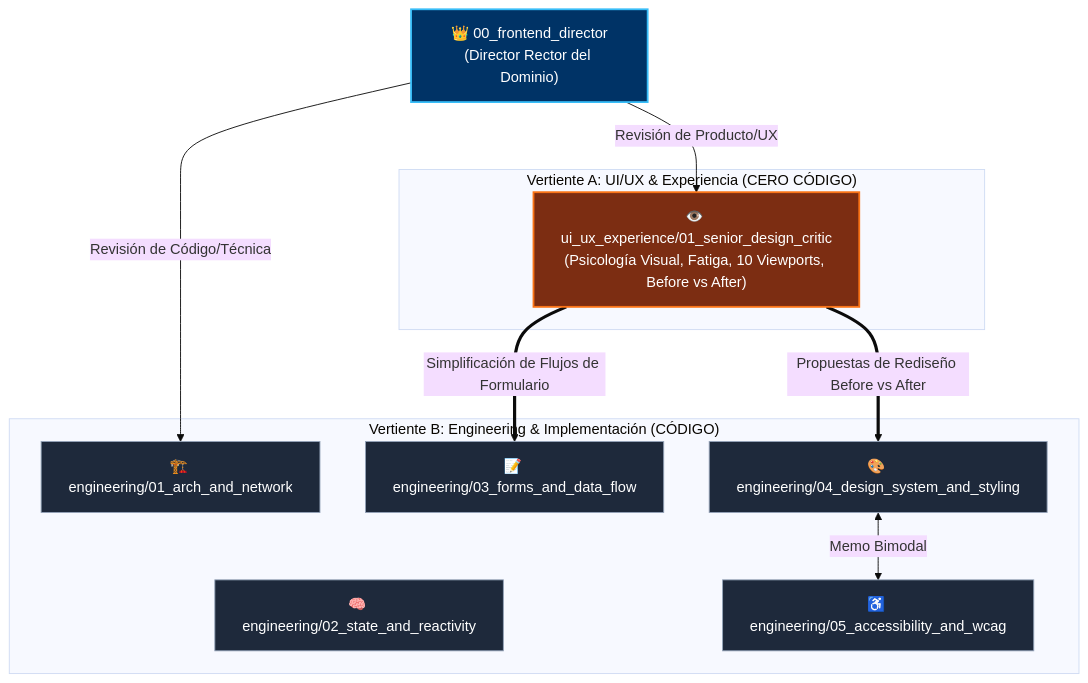
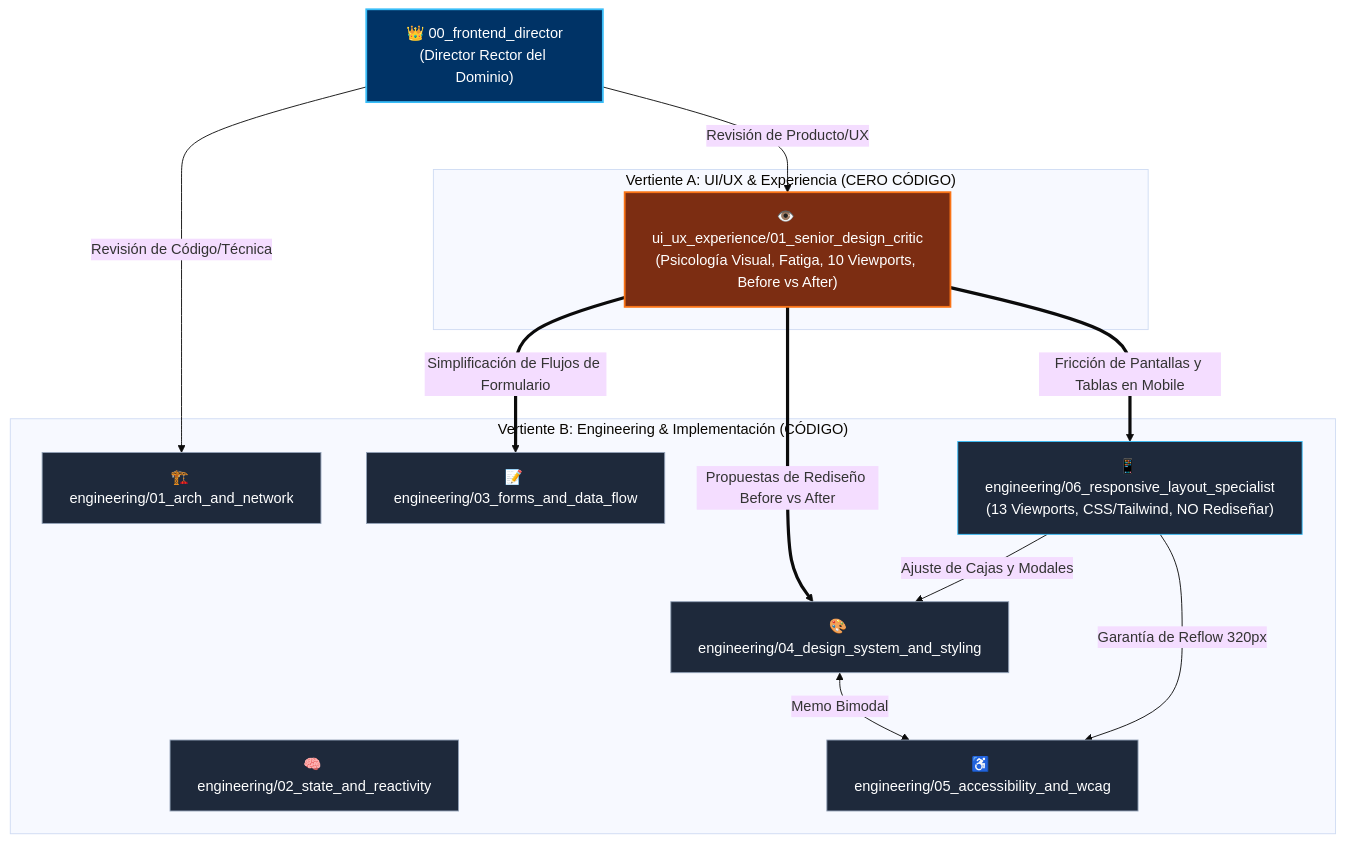
The diagram in domains/01_frontend/00_frontend_director/ROUTING_PLAYBOOK.md (DanExl24/ai-agentic-audit-kit), drawn with Mermaid (base theme) before and after one commit. The commit also changed other lines of this file and 6 other files, not shown here.

Commit message:
[v1.4.0] feat(frontend): incorporar 06_responsive_layout_specialist para corrección de 13 viewports en código sin rediseño

````diff
--- a/domains/01_frontend/00_frontend_director/ROUTING_PLAYBOOK.md
+++ b/domains/01_frontend/00_frontend_director/ROUTING_PLAYBOOK.md
@@ -10,30 +10,35 @@
 ```mermaid
 flowchart TD
     DIR["👑 00_frontend_director<br/>(Director Rector del Dominio)"]
 
     subgraph "Vertiente A: UI/UX & Experiencia (CERO CÓDIGO)"
         UX["👁️ ui_ux_experience/01_senior_design_critic<br/>(Psicología Visual, Fatiga, 10 Viewports, Before vs After)"]
     end
 
     subgraph "Vertiente B: Engineering & Implementación (CÓDIGO)"
         E1["🏗️ engineering/01_arch_and_network"]
         E2["🧠 engineering/02_state_and_reactivity"]
         E3["📝 engineering/03_forms_and_data_flow"]
         E4["🎨 engineering/04_design_system_and_styling"]
         E5["♿ engineering/05_accessibility_and_wcag"]
+        E6["📱 engineering/06_responsive_layout_specialist<br/>(13 Viewports, CSS/Tailwind, NO Rediseñar)"]
     end
 
     DIR -->|Revisión de Producto/UX| UX
     DIR -->|Revisión de Código/Técnica| E1
     UX ==>|"Propuestas de Rediseño Before vs After"| E4
+    UX ==>|"Fricción de Pantallas y Tablas en Mobile"| E6
     UX ==>|"Simplificación de Flujos de Formulario"| E3
     E4 <-->|"Memo Bimodal"| E5
+    E6 -->|"Ajuste de Cajas y Modales"| E4
+    E6 -->|"Garantía de Reflow 320px"| E5
 
     style DIR fill:#003366,stroke:#38bdf8,color:#ffffff,stroke-width:2px
     style UX fill:#7c2d12,stroke:#f97316,color:#ffffff,stroke-width:2px
     style E1 fill:#1e293b,stroke:#94a3b8,color:#ffffff
     style E2 fill:#1e293b,stroke:#94a3b8,color:#ffffff
     style E3 fill:#1e293b,stroke:#94a3b8,color:#ffffff
     style E4 fill:#1e293b,stroke:#94a3b8,color:#ffffff
     style E5 fill:#1e293b,stroke:#94a3b8,color:#ffffff
+    style E6 fill:#1e293b,stroke:#38bdf8,color:#ffffff
 ```
````
